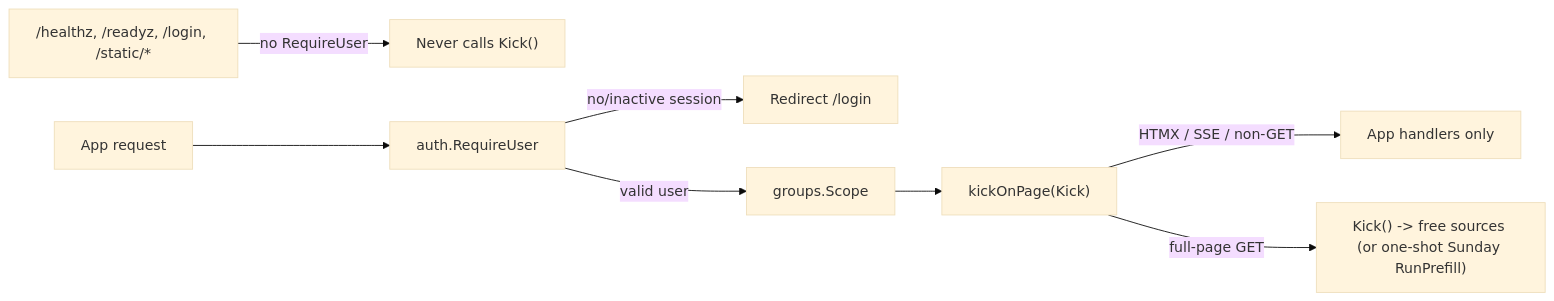
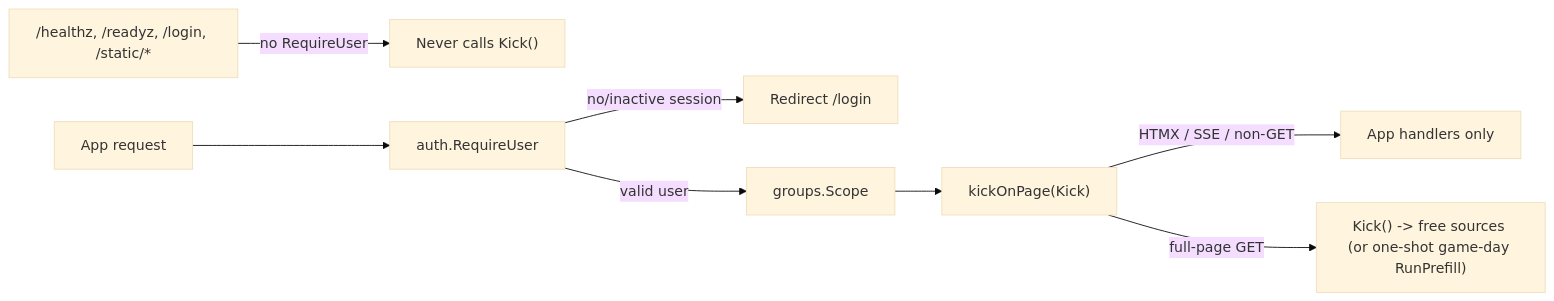
One commit to kalverra/parlay-club changed the diagram in docs/concepts/data-refresh.md. Above: the diagram before and after it, drawn with Mermaid (base theme). The commit also changed other lines of this file and 5 other files, not shown here.

First line of the commit message:
Document per-game-day prefill and date-scoped props

````diff
--- a/docs/concepts/data-refresh.md
+++ b/docs/concepts/data-refresh.md
@@ -38,10 +17,10 @@
 ```mermaid
 flowchart LR
   Public["/healthz, /readyz, /login, /static/*"] -->|"no RequireUser"| PublicHandlers["Never calls Kick()"]
   AppReq["App request"] --> RequireUser["auth.RequireUser"]
   RequireUser -->|"no/inactive session"| Login["Redirect /login"]
   RequireUser -->|"valid user"| Scope["groups.Scope"]
   Scope --> KickOnPage["kickOnPage(Kick)"]
   KickOnPage -->|"HTMX / SSE / non-GET"| App["App handlers only"]
-  KickOnPage -->|"full-page GET"| Kick["Kick() -> free sources (or one-shot Sunday RunPrefill)"]
+  KickOnPage -->|"full-page GET"| Kick["Kick() -> free sources (or one-shot game-day RunPrefill)"]
 ```
````
